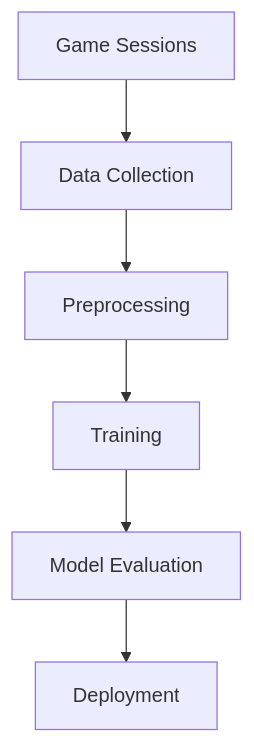
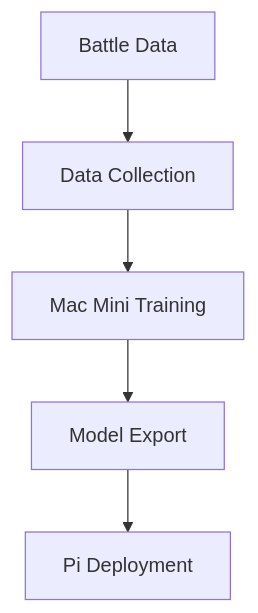
Before and after one commit to MaterDev/thepath-ai_pi: the diagram in docs/technical/ai-system/training-pipeline.md, drawn with Mermaid. The commit also changed other lines of this file and 10 other files, not shown here.

````diff
--- a/docs/technical/ai-system/training-pipeline.md
+++ b/docs/technical/ai-system/training-pipeline.md
@@ -13,8 +9,7 @@
 ```mermaid
 graph TD
-    A[Game Sessions] --> B[Data Collection]
-    B --> C[Preprocessing]
-    C --> D[Training]
-    D --> E[Model Evaluation]
-    E --> F[Deployment]
+    A[Battle Data] --> B[Data Collection]
+    B --> C[Mac Mini Training]
+    C --> D[Model Export]
+    D --> E[Pi Deployment]
 ```
````
